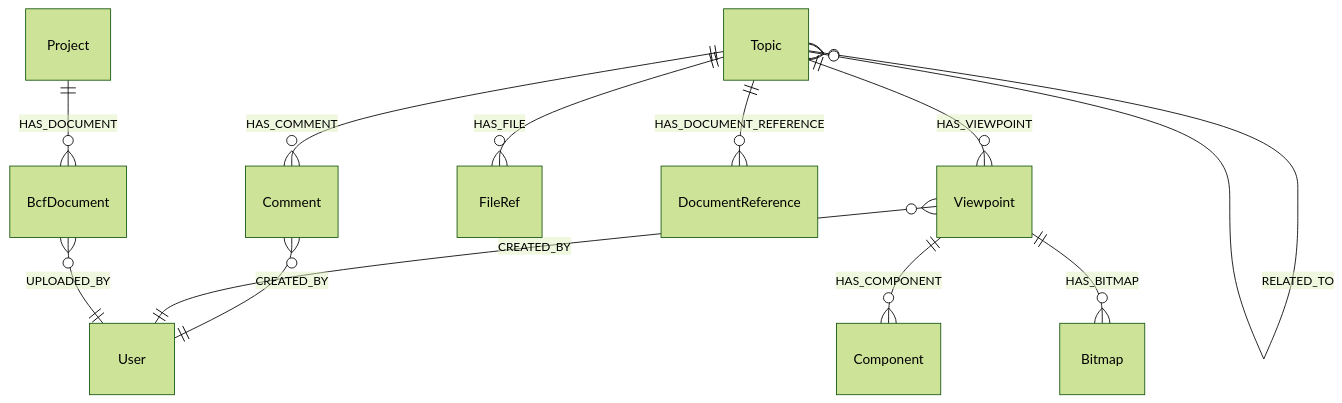
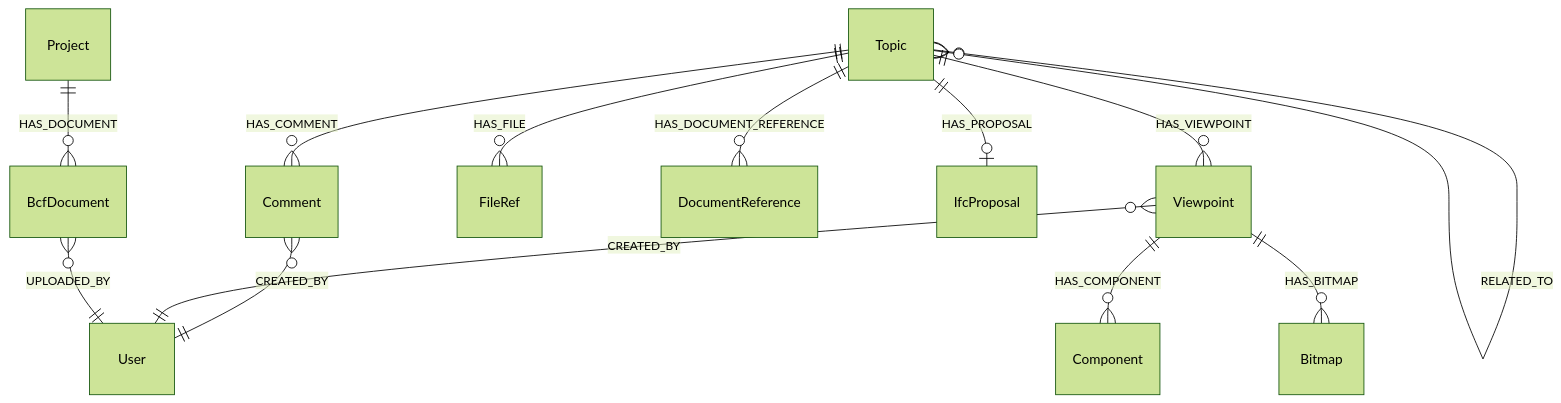
One commit to marwiss/Kontroll changed the fourth of 6 diagrams in docs/da/graph-schema.md. Above: the diagram before and after it, drawn with Mermaid (forest theme). The commit also changed other lines of this file and 33 other files, not shown here.

````diff
--- a/docs/da/graph-schema.md
+++ b/docs/da/graph-schema.md
@@ -91,14 +92,15 @@
 ```mermaid
 erDiagram
     Topic ||--o{ Comment : HAS_COMMENT
     Topic ||--o{ Viewpoint : HAS_VIEWPOINT
     Viewpoint ||--o{ Component : HAS_COMPONENT
     Viewpoint ||--o{ Bitmap : HAS_BITMAP
     Topic ||--o{ FileRef : HAS_FILE
     Topic ||--o{ DocumentReference : HAS_DOCUMENT_REFERENCE
+    Topic ||--o| IfcProposal : HAS_PROPOSAL
     Topic }o--o{ Topic : RELATED_TO
     Project ||--o{ BcfDocument : HAS_DOCUMENT
     Comment }o--|| User : CREATED_BY
     Viewpoint }o--|| User : CREATED_BY
     BcfDocument }o--|| User : UPLOADED_BY
 ```
````
